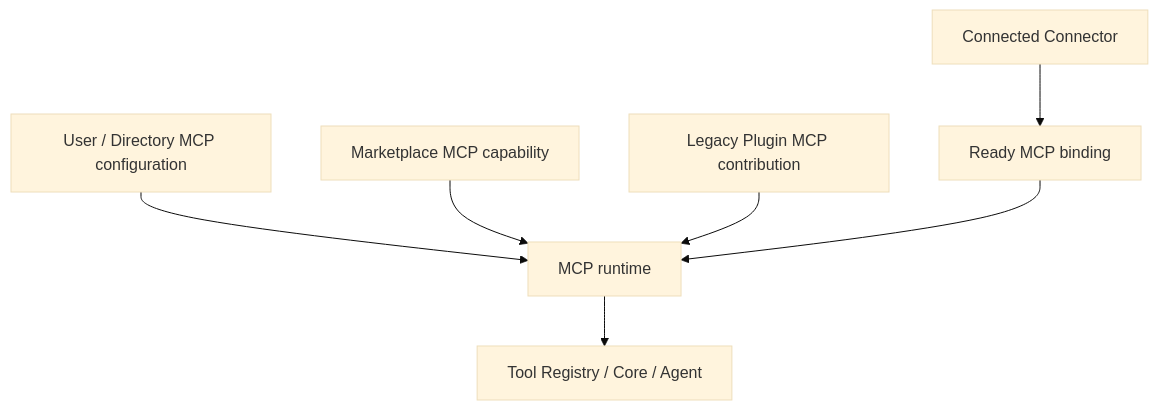
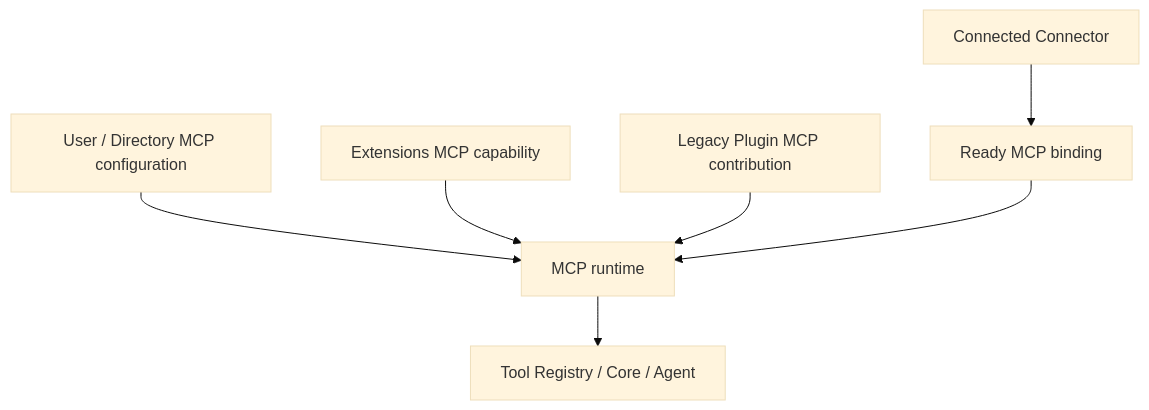
Before and after one commit to chogng/ash: the first of 2 diagrams in docs/mcp.md, drawn with Mermaid (base theme). The commit also changed other lines of this file and 342 other files, not shown here.

First line of the commit message:
refactor: rename Marketplace references to Extensions in tests

````diff
--- a/docs/mcp.md
+++ b/docs/mcp.md
@@ -71,9 +71,9 @@
 ```mermaid
 flowchart TD
     U["User / Directory MCP configuration"] --> R["MCP runtime"]
-    P["Marketplace MCP capability"] --> R
+    P["Extensions MCP capability"] --> R
     L["Legacy Plugin MCP contribution"] --> R
     C["Connected Connector"] --> B["Ready MCP binding"]
     B --> R
     R --> T["Tool Registry / Core / Agent"]
 ```
````
